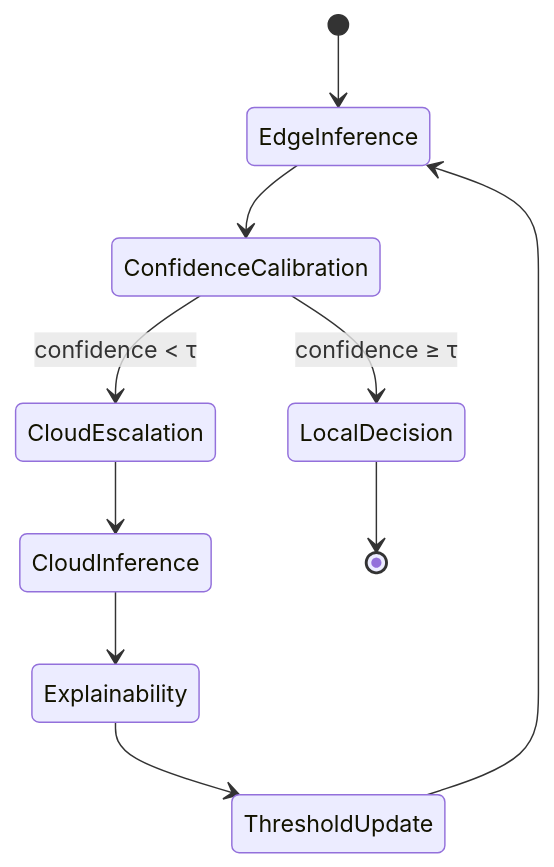
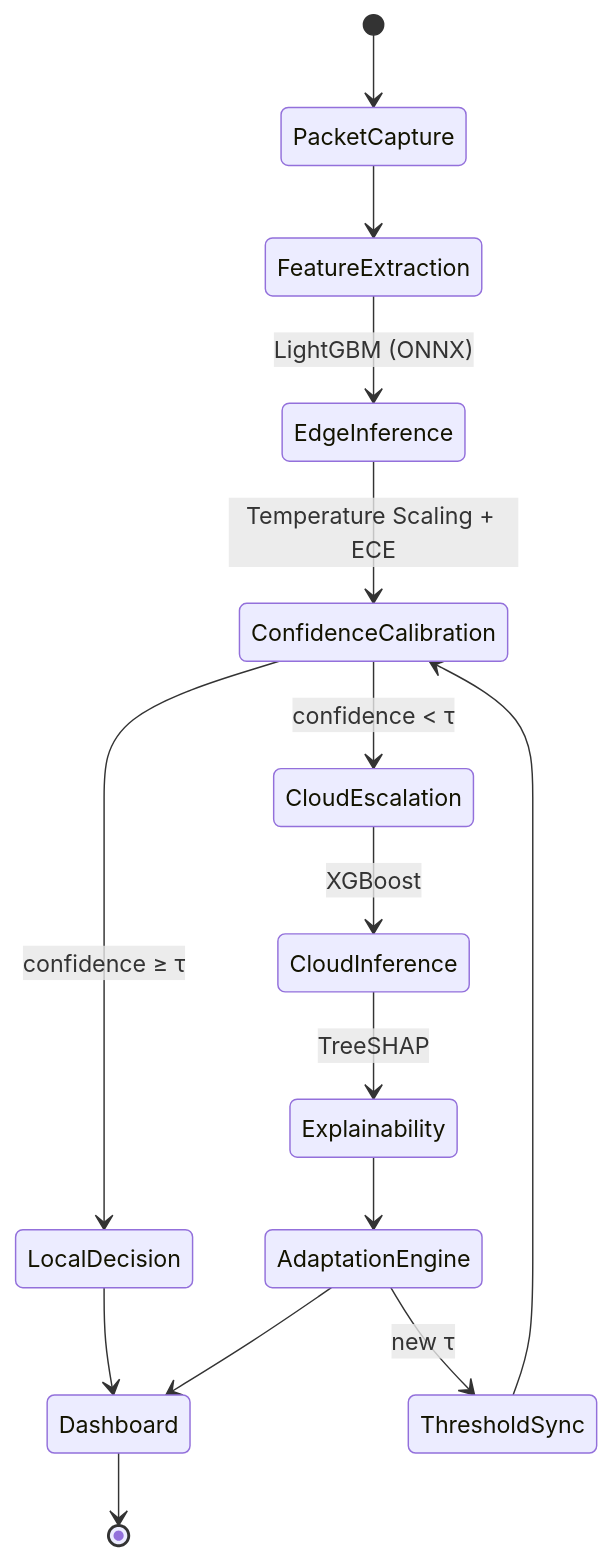
The third of 7 diagrams in README.md (AtharvaVavhal/aecids), drawn with Mermaid before and after one commit. The commit also changed other lines of this file, not shown here.

````diff
--- a/README.md
+++ b/README.md
@@ -259,12 +269,17 @@
 ```mermaid
 stateDiagram-v2
-    [*] --> EdgeInference
-    EdgeInference --> ConfidenceCalibration
+    [*] --> PacketCapture
+    PacketCapture --> FeatureExtraction
+    FeatureExtraction --> EdgeInference: LightGBM (ONNX)
+    EdgeInference --> ConfidenceCalibration: Temperature Scaling + ECE
     ConfidenceCalibration --> LocalDecision: confidence ≥ τ
     ConfidenceCalibration --> CloudEscalation: confidence < τ
-    CloudEscalation --> CloudInference
-    CloudInference --> Explainability
-    Explainability --> ThresholdUpdate
-    ThresholdUpdate --> EdgeInference
-    LocalDecision --> [*]
+    LocalDecision --> Dashboard
+    CloudEscalation --> CloudInference: XGBoost
+    CloudInference --> Explainability: TreeSHAP
+    Explainability --> AdaptationEngine
+    AdaptationEngine --> ThresholdSync: new τ
+    ThresholdSync --> ConfidenceCalibration
+    AdaptationEngine --> Dashboard
+    Dashboard --> [*]
 ```
````
